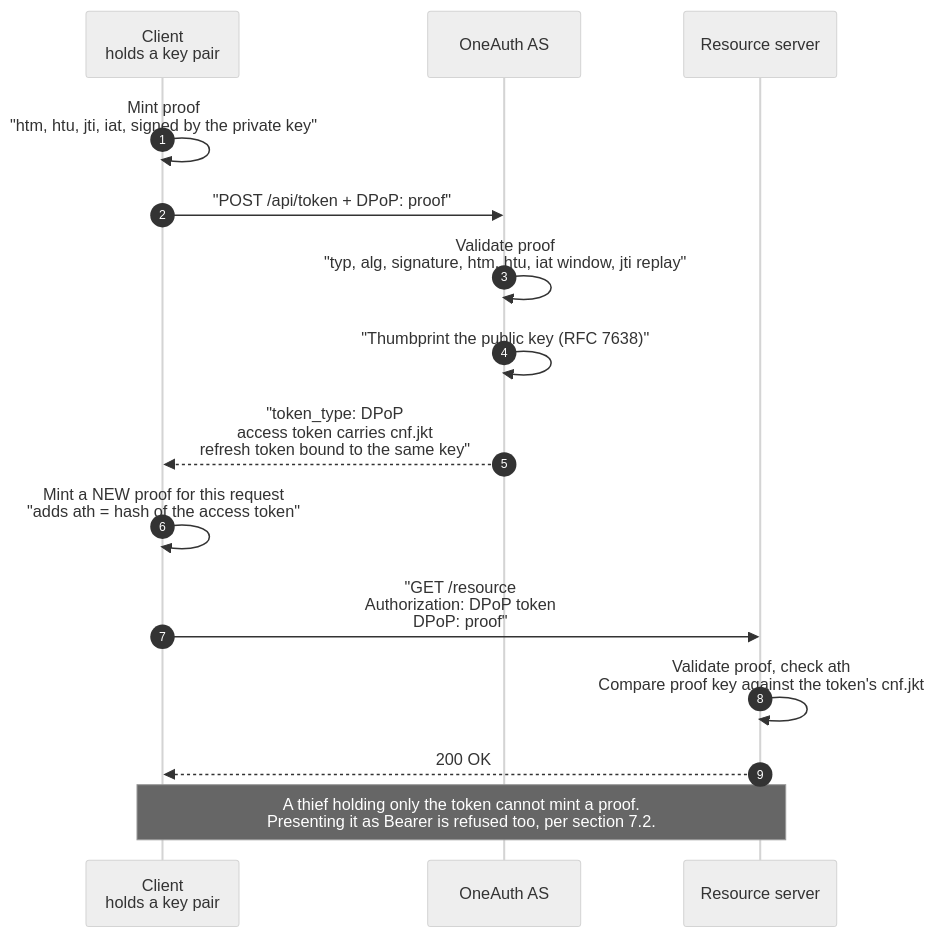
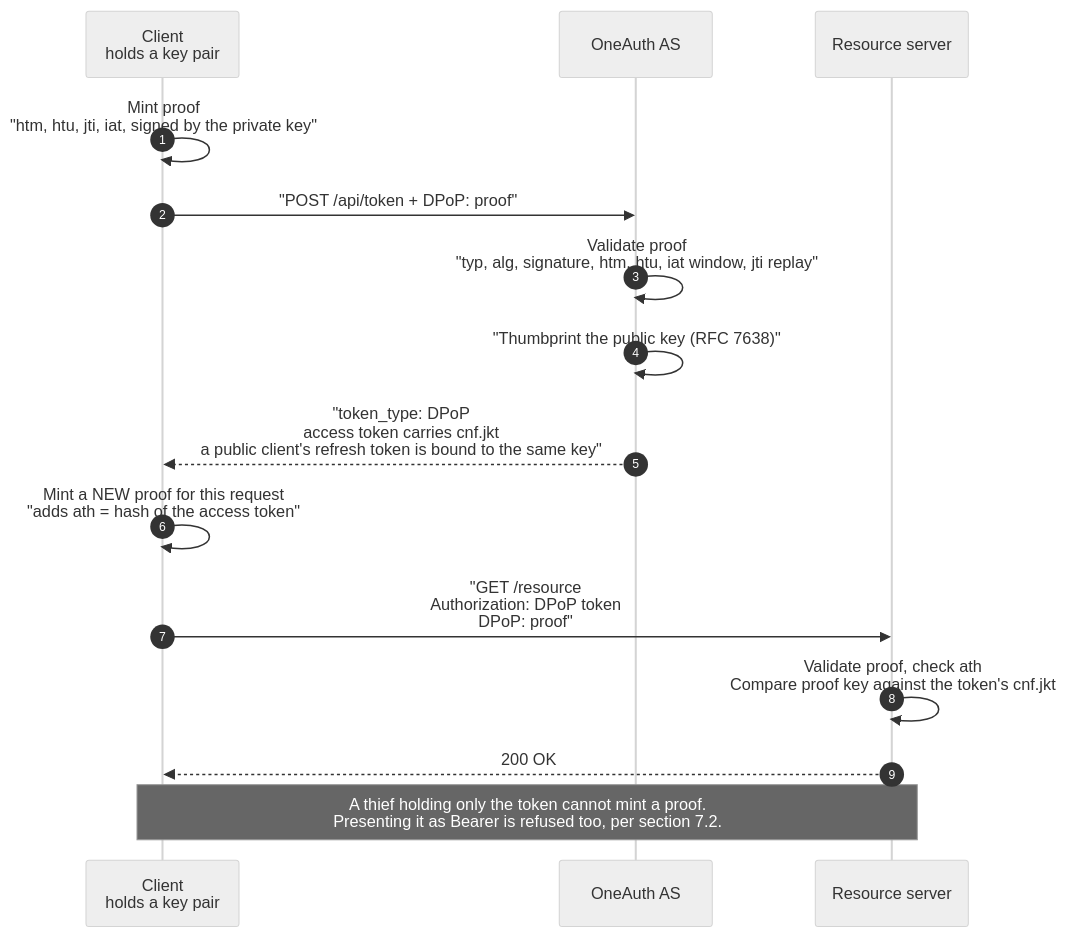
Before and after one commit to panyam/oneauth: diagram 12 of 12 in docs/AUTH_FLOWS.md, drawn with Mermaid (neutral theme). The commit also changed 13 other files, not shown here.

First line of the commit message:
Confidential clients' refresh tokens aren't DPoP-bound; missing code_verifier is invalid_grant; FAPI2 exercise drives Deny and error pages (closes #443)

````diff
--- a/docs/AUTH_FLOWS.md
+++ b/docs/AUTH_FLOWS.md
@@ -1095,20 +1095,20 @@
 ```mermaid
 sequenceDiagram
     autonumber
     participant C as Client<br/>holds a key pair
     participant AS as OneAuth AS
     participant RS as Resource server
 
     C->>C: Mint proof<br/>"htm, htu, jti, iat, signed by the private key"
     C->>AS: "POST /api/token + DPoP: proof"
     AS->>AS: Validate proof<br/>"typ, alg, signature, htm, htu, iat window, jti replay"
     AS->>AS: "Thumbprint the public key (RFC 7638)"
-    AS-->>C: "token_type: DPoP<br/>access token carries cnf.jkt<br/>refresh token bound to the same key"
+    AS-->>C: "token_type: DPoP<br/>access token carries cnf.jkt<br/>a public client's refresh token is bound to the same key"
 
     C->>C: Mint a NEW proof for this request<br/>"adds ath = hash of the access token"
     C->>RS: "GET /resource<br/>Authorization: DPoP token<br/>DPoP: proof"
     RS->>RS: Validate proof, check ath<br/>Compare proof key against the token's cnf.jkt
     RS-->>C: 200 OK
 
     Note over C,RS: A thief holding only the token cannot mint a proof.<br/>Presenting it as Bearer is refused too, per section 7.2.
 ```
````
